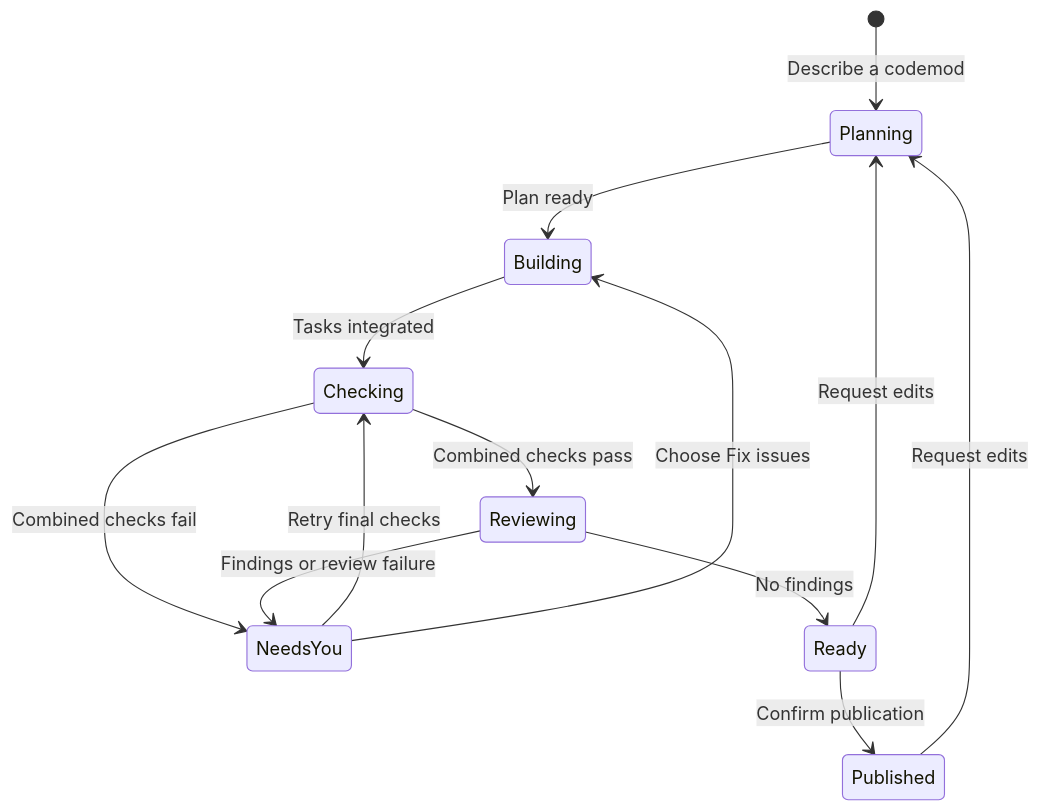
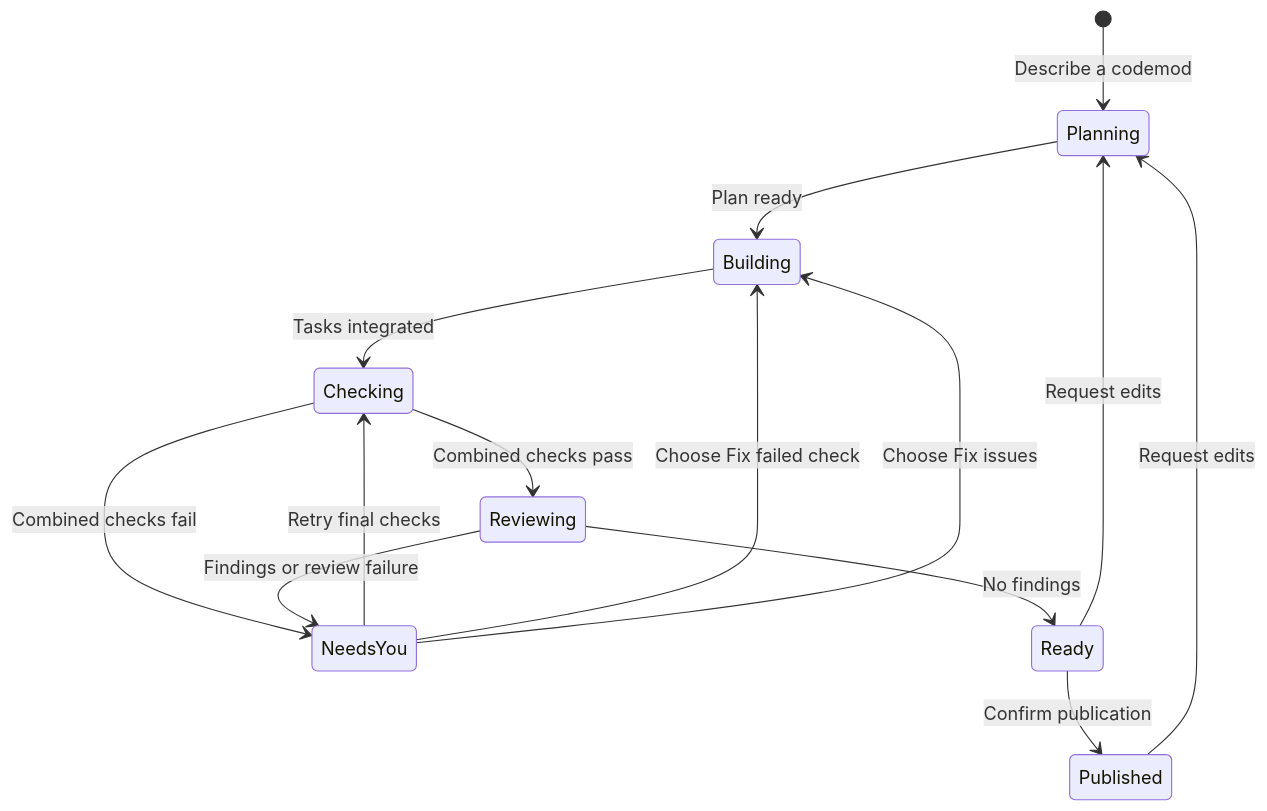
One commit to minimumeffort-dev/sprowt.harness changed the first of 2 diagrams in docs/terminal.md. Above: the diagram before and after it, drawn with Mermaid. The commit also changed other lines of this file and 19 other files, not shown here.

````diff
--- a/docs/terminal.md
+++ b/docs/terminal.md
@@ -21,15 +21,16 @@
 ```mermaid
 stateDiagram-v2
     [*] --> Planning: Describe a codemod
     Planning --> Building: Plan ready
     Building --> Checking: Tasks integrated
     Checking --> Reviewing: Combined checks pass
     Checking --> NeedsYou: Combined checks fail
     NeedsYou --> Checking: Retry final checks
+    NeedsYou --> Building: Choose Fix failed check
     Reviewing --> Ready: No findings
     Reviewing --> NeedsYou: Findings or review failure
     NeedsYou --> Building: Choose Fix issues
     Ready --> Published: Confirm publication
     Published --> Planning: Request edits
     Ready --> Planning: Request edits
 ```
````
